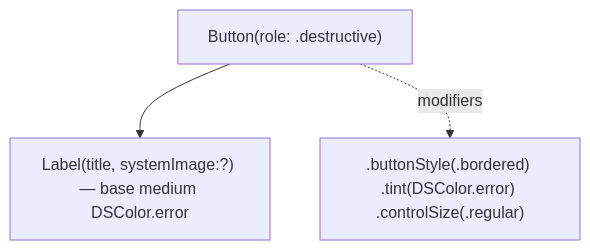
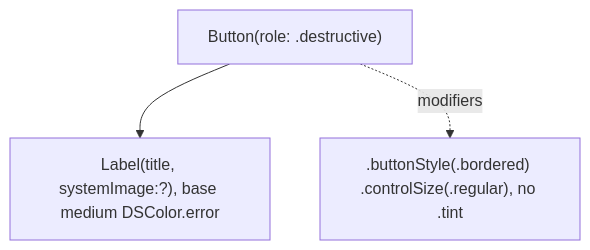
Before and after one commit to MrDemonWolf/WolfWave: the diagram in design-system/components/destructive-button.md, drawn with Mermaid. The commit also changed other lines of this file and 5 other files, not shown here.

````diff
--- a/design-system/components/destructive-button.md
+++ b/design-system/components/destructive-button.md
@@ -30,6 +30,6 @@
 ```mermaid
 flowchart TD
     Btn["Button(role: .destructive)"]
-    Btn --> Label["Label(title, systemImage:?) — base medium DSColor.error"]
-    Btn -. modifiers .-> Style[".buttonStyle(.bordered) .tint(DSColor.error) .controlSize(.regular)"]
+    Btn --> Label["Label(title, systemImage:?), base medium DSColor.error"]
+    Btn -. modifiers .-> Style[".buttonStyle(.bordered) .controlSize(.regular), no .tint"]
 ```
````
